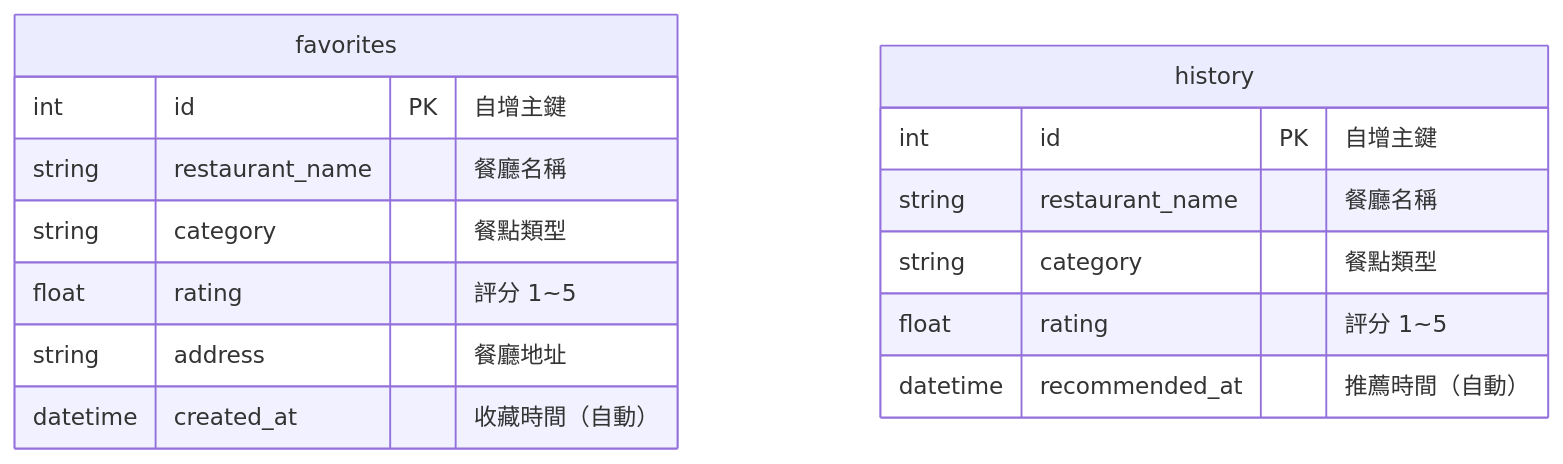
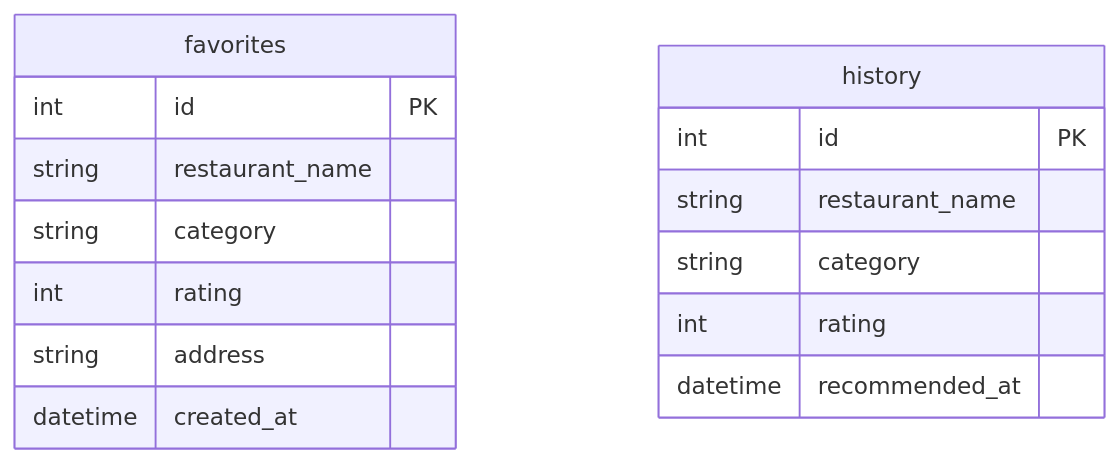
Before and after one commit to D1473117/very-good: the diagram in docs/DB_DESIGN.md, drawn with Mermaid. The commit also changed other lines of this file and 8 other files, not shown here.

Commit message:
feat: UI enhancements for favorites and history

````diff
--- a/docs/DB_DESIGN.md
+++ b/docs/DB_DESIGN.md
@@ -16,19 +5,18 @@
 ```mermaid
 erDiagram
-    favorites {
-        int id PK "自增主鍵"
-        string restaurant_name "餐廳名稱"
-        string category "餐點類型"
-        float rating "評分 1~5"
-        string address "餐廳地址"
-        datetime created_at "收藏時間（自動）"
-    }
-
-    history {
-        int id PK "自增主鍵"
-        string restaurant_name "餐廳名稱"
-        string category "餐點類型"
-        float rating "評分 1~5"
-        datetime recommended_at "推薦時間（自動）"
-    }
+  favorites {
+    int id PK
+    string restaurant_name
+    string category
+    int rating
+    string address
+    datetime created_at
+  }
+  history {
+    int id PK
+    string restaurant_name
+    string category
+    int rating
+    datetime recommended_at
+  }
 ```
````
